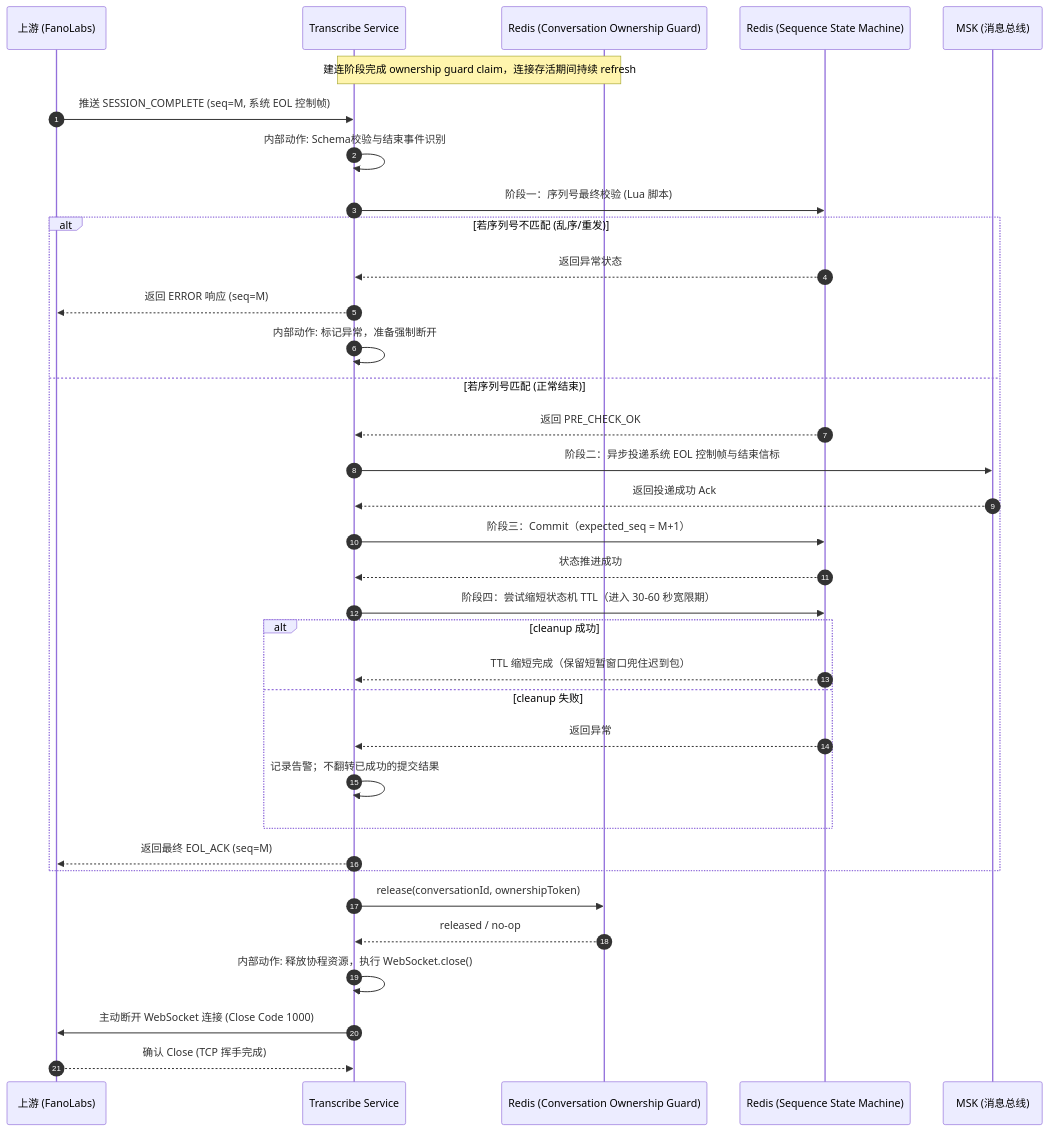
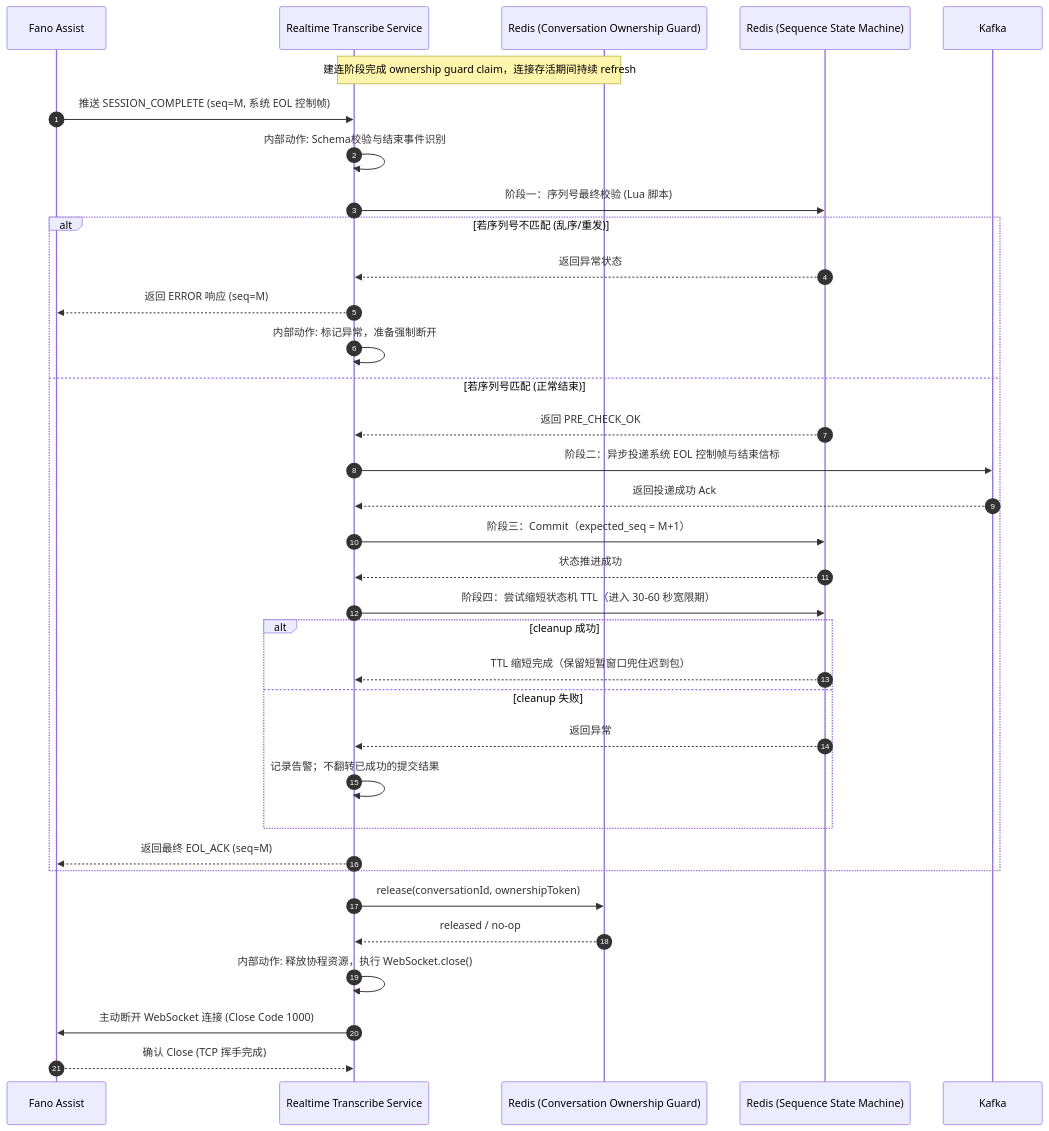
The fourth of 6 diagrams in design/application-design_zh.md (xiaodouya001/transcribe_service), drawn with Mermaid before and after one commit. The commit also changed other lines of this file and 63 other files, not shown here.

Commit message:
Rename package and align Realtime Transcribe Service naming

````diff
--- a/design/application-design_zh.md
+++ b/design/application-design_zh.md
@@ -170,46 +170,46 @@
 ```mermaid
 sequenceDiagram
     autonumber
-    participant Vendor as 上游 (FanoLabs)
-    participant Trans as Transcribe Service
+    participant Upstream as Fano Assist
+    participant Trans as Realtime Transcribe Service
     participant RedisOwnership as Redis (Conversation Ownership Guard)
     participant RedisState as Redis (Sequence State Machine)
-    participant Kafka as MSK (消息总线)
+    participant Kafka as Kafka
 
     Note over Trans,RedisOwnership: 建连阶段完成 ownership guard claim，连接存活期间持续 refresh
 
-    Vendor->>Trans: 推送 SESSION_COMPLETE (seq=M, 系统 EOL 控制帧)
+    Upstream->>Trans: 推送 SESSION_COMPLETE (seq=M, 系统 EOL 控制帧)
     Trans->>Trans: 内部动作: Schema校验与结束事件识别
     
     Trans->>RedisState: 阶段一：序列号最终校验 (Lua 脚本)
     
     alt 若序列号不匹配 (乱序/重发)
         RedisState-->>Trans: 返回异常状态
-        Trans-->>Vendor: 返回 ERROR 响应 (seq=M)
+        Trans-->>Upstream: 返回 ERROR 响应 (seq=M)
         Trans->>Trans: 内部动作: 标记异常，准备强制断开
     else 若序列号匹配 (正常结束)
         RedisState-->>Trans: 返回 PRE_CHECK_OK
         
         Trans->>Kafka: 阶段二：异步投递系统 EOL 控制帧与结束信标
         Kafka-->>Trans: 返回投递成功 Ack
         
         Trans->>RedisState: 阶段三：Commit（expected_seq = M+1）
         RedisState-->>Trans: 状态推进成功
 
         Trans->>RedisState: 阶段四：尝试缩短状态机 TTL（进入 30-60 秒宽限期）
         alt cleanup 成功
             RedisState-->>Trans: TTL 缩短完成（保留短暂窗口兜住迟到包）
         else cleanup 失败
             RedisState-->>Trans: 返回异常
             Trans->>Trans: 记录告警；不翻转已成功的提交结果
         end
 
-        Trans-->>Vendor: 返回最终 EOL_ACK (seq=M)
+        Trans-->>Upstream: 返回最终 EOL_ACK (seq=M)
     end
     
     Trans->>RedisOwnership: release(conversationId, ownershipToken)
     RedisOwnership-->>Trans: released / no-op
     Trans->>Trans: 内部动作: 释放协程资源，执行 WebSocket.close()
-    Trans->>Vendor: 主动断开 WebSocket 连接 (Close Code 1000)
-    Vendor-->>Trans: 确认 Close (TCP 挥手完成)
+    Trans->>Upstream: 主动断开 WebSocket 连接 (Close Code 1000)
+    Upstream-->>Trans: 确认 Close (TCP 挥手完成)
 ```
````
